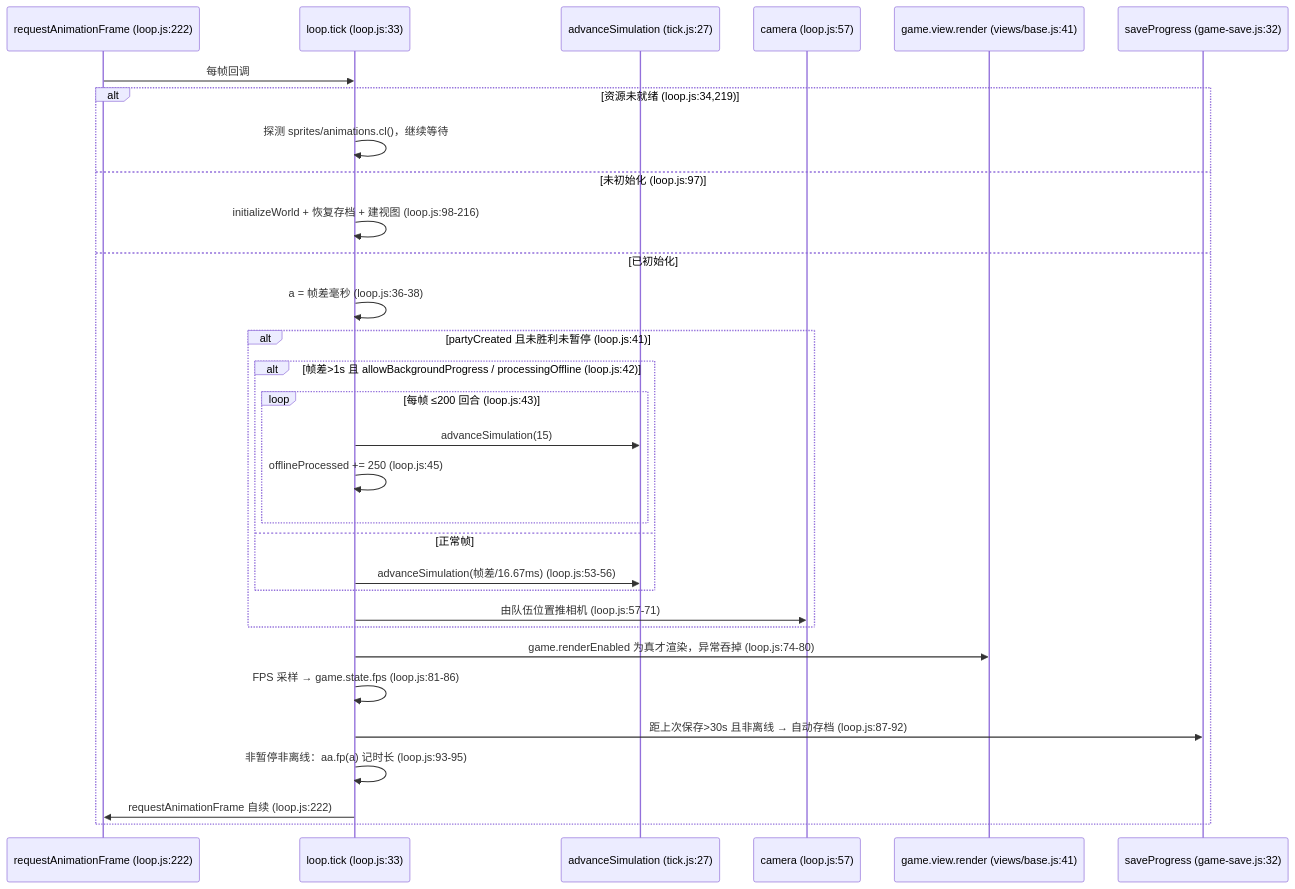
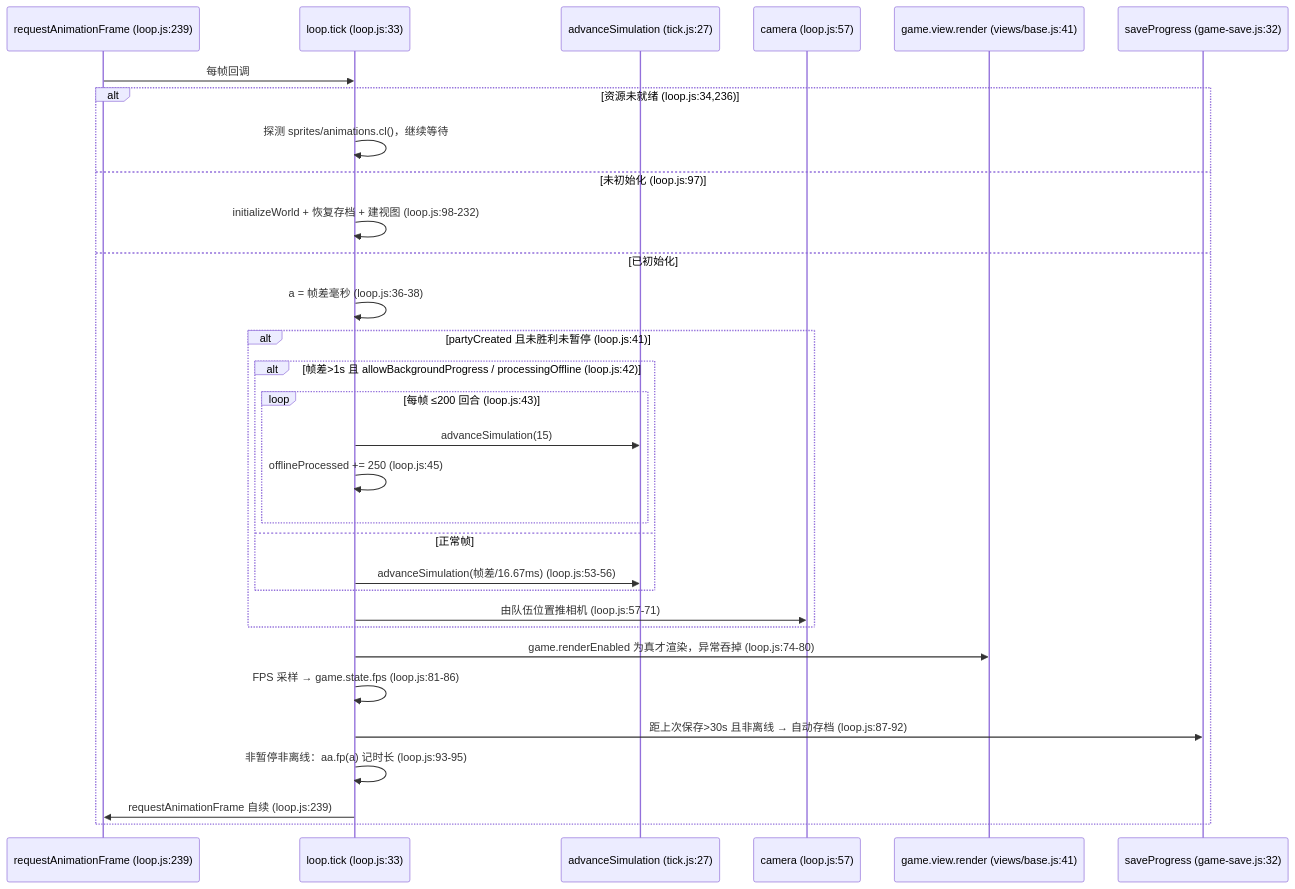
The second of 6 diagrams in docs/architecture.md (TT-106/click), drawn with Mermaid before and after one commit. The commit also changed other lines of this file and 9 other files, not shown here.

````diff
--- a/docs/architecture.md
+++ b/docs/architecture.md
@@ -113,34 +113,34 @@
 ```mermaid
 sequenceDiagram
-    participant RAF as requestAnimationFrame (loop.js:222)
+    participant RAF as requestAnimationFrame (loop.js:239)
     participant L as loop.tick (loop.js:33)
     participant S as advanceSimulation (tick.js:27)
     participant C as camera (loop.js:57)
     participant V as game.view.render (views/base.js:41)
     participant P as saveProgress (game-save.js:32)
 
     RAF->>L: 每帧回调
-    alt 资源未就绪 (loop.js:34,219)
+    alt 资源未就绪 (loop.js:34,236)
         L->>L: 探测 sprites/animations.cl()，继续等待
     else 未初始化 (loop.js:97)
-        L->>L: initializeWorld + 恢复存档 + 建视图 (loop.js:98-216)
+        L->>L: initializeWorld + 恢复存档 + 建视图 (loop.js:98-232)
     else 已初始化
         L->>L: a = 帧差毫秒 (loop.js:36-38)
         alt partyCreated 且未胜利未暂停 (loop.js:41)
             alt 帧差>1s 且 allowBackgroundProgress / processingOffline (loop.js:42)
                 loop 每帧 ≤200 回合 (loop.js:43)
                     L->>S: advanceSimulation(15)
                     L->>L: offlineProcessed += 250 (loop.js:45)
                 end
             else 正常帧
                 L->>S: advanceSimulation(帧差/16.67ms) (loop.js:53-56)
             end
             L->>C: 由队伍位置推相机 (loop.js:57-71)
         end
         L->>V: game.renderEnabled 为真才渲染，异常吞掉 (loop.js:74-80)
         L->>L: FPS 采样 → game.state.fps (loop.js:81-86)
         L->>P: 距上次保存>30s 且非离线 → 自动存档 (loop.js:87-92)
         L->>L: 非暂停非离线：aa.fp(a) 记时长 (loop.js:93-95)
-        L->>RAF: requestAnimationFrame 自续 (loop.js:222)
+        L->>RAF: requestAnimationFrame 自续 (loop.js:239)
     end
 ```
````
